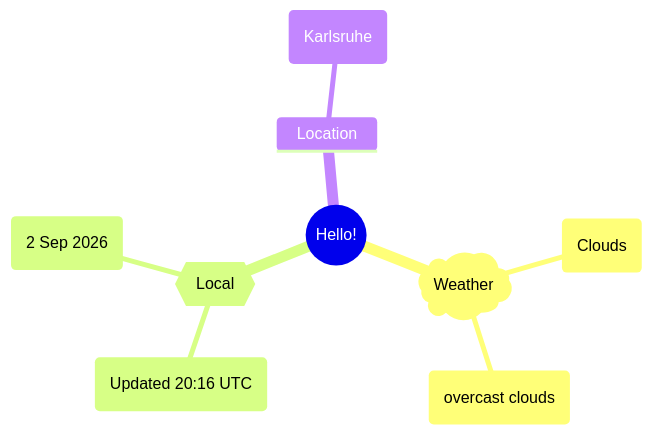
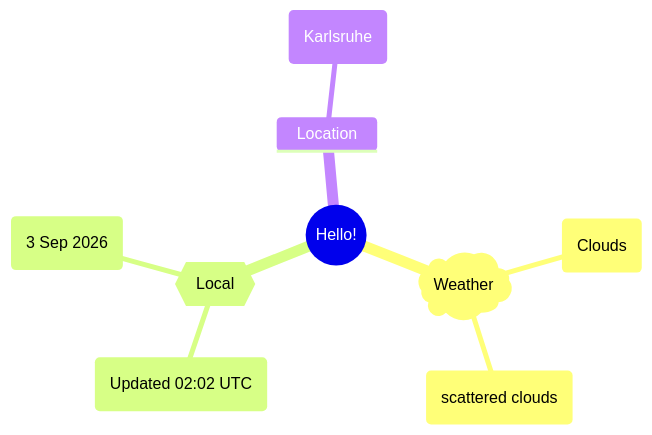
Before and after one commit to Xosrov/Xosrov: the first of 2 diagrams in README.md, drawn with Mermaid.

Commit message:
[bot] updated images

````diff
--- a/README.md
+++ b/README.md
@@ -3,12 +3,12 @@
 ```mermaid
 mindmap
   root((Hello!))
     )Weather(
         (Clouds)
-        (overcast clouds)
+        (scattered clouds)
     {{Local}}
-        (Updated 20:16 UTC)
-        (2 Sep 2026)
+        (Updated 02:02 UTC)
+        (3 Sep 2026)
     Location
         (Karlsruhe)
 ```
````
